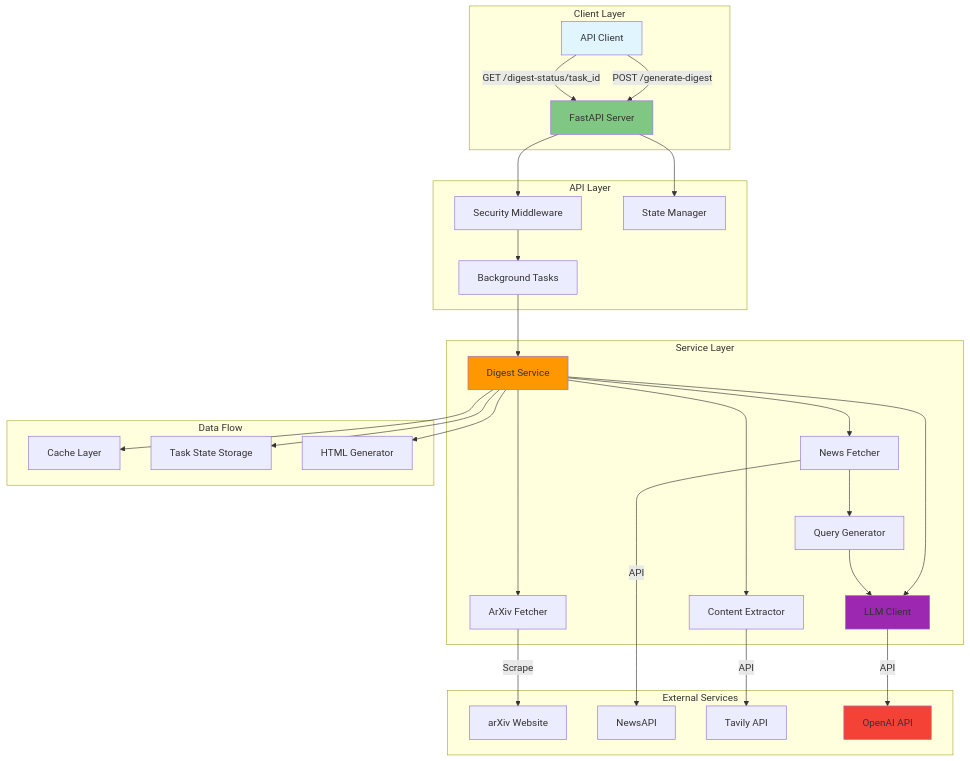
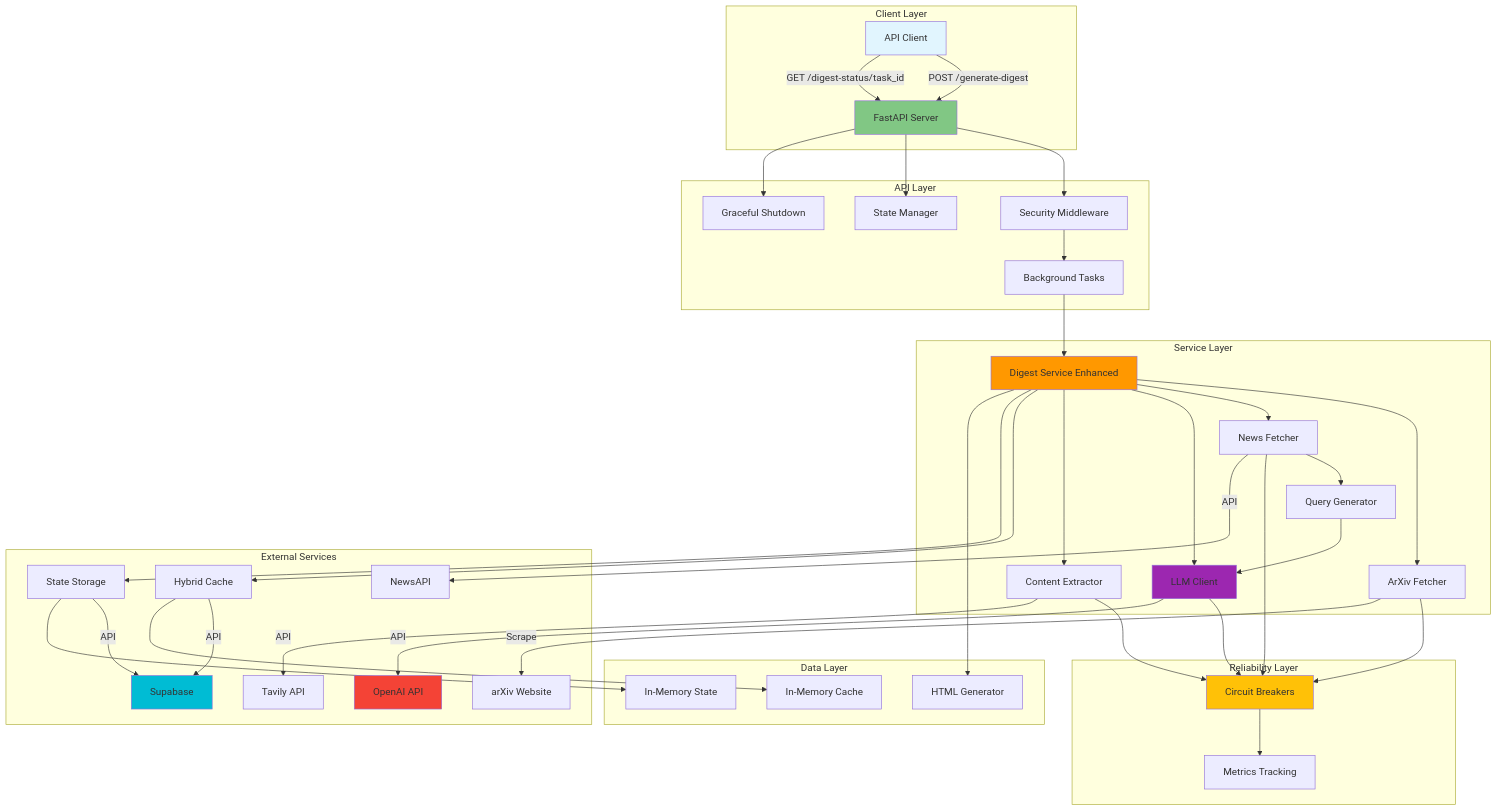
One commit to nmogil/paperboy changed the diagram in PROJECT_ARCH.md. Above: the diagram before and after it, drawn with Mermaid. The commit also changed other lines of this file and 2 other files, not shown here.

Commit message:
updated to responses api

````diff
--- a/PROJECT_ARCH.md
+++ b/PROJECT_ARCH.md
@@ -34,43 +39,61 @@
 ```mermaid
 graph TB
     subgraph "Client Layer"
         A[API Client] -->|POST /generate-digest| B[FastAPI Server]
         A -->|GET /digest-status/task_id| B
     end
 
     subgraph "API Layer"
         B --> C[Security Middleware]
         C --> D[Background Tasks]
         B --> E[State Manager]
+        B --> GS[Graceful Shutdown]
+    end
+
+    subgraph "Reliability Layer"
+        CB[Circuit Breakers]
+        MT[Metrics Tracking]
     end
 
     subgraph "Service Layer"
-        D --> F[Digest Service]
+        D --> F[Digest Service Enhanced]
         F --> G[ArXiv Fetcher]
         F --> H[News Fetcher]
         F --> I[LLM Client]
         F --> J[Content Extractor]
 
         H --> K[Query Generator]
         K --> I
+
+        G --> CB
+        H --> CB
+        I --> CB
+        J --> CB
+        CB --> MT
     end
 
     subgraph "External Services"
         G -->|Scrape| L[arXiv Website]
         H -->|API| M[NewsAPI]
         J -->|API| N[Tavily API]
         I -->|API| O[OpenAI API]
+        P -->|API| SB[Supabase]
+        Q -->|API| SB
     end
 
-    subgraph "Data Flow"
-        F --> P[Cache Layer]
-        F --> Q[Task State Storage]
+    subgraph "Data Layer"
+        F --> P[Hybrid Cache]
+        F --> Q[State Storage]
         F --> R[HTML Generator]
+        P --> PC[In-Memory Cache]
+        Q --> QM[In-Memory State]
     end
 
     style A fill:#e1f5fe
     style B fill:#81c784
     style F fill:#ff9800
     style I fill:#9c27b0
     style O fill:#f44336
+    style CB fill:#ffc107
+    style SB fill:#00bcd4
 ```
````
